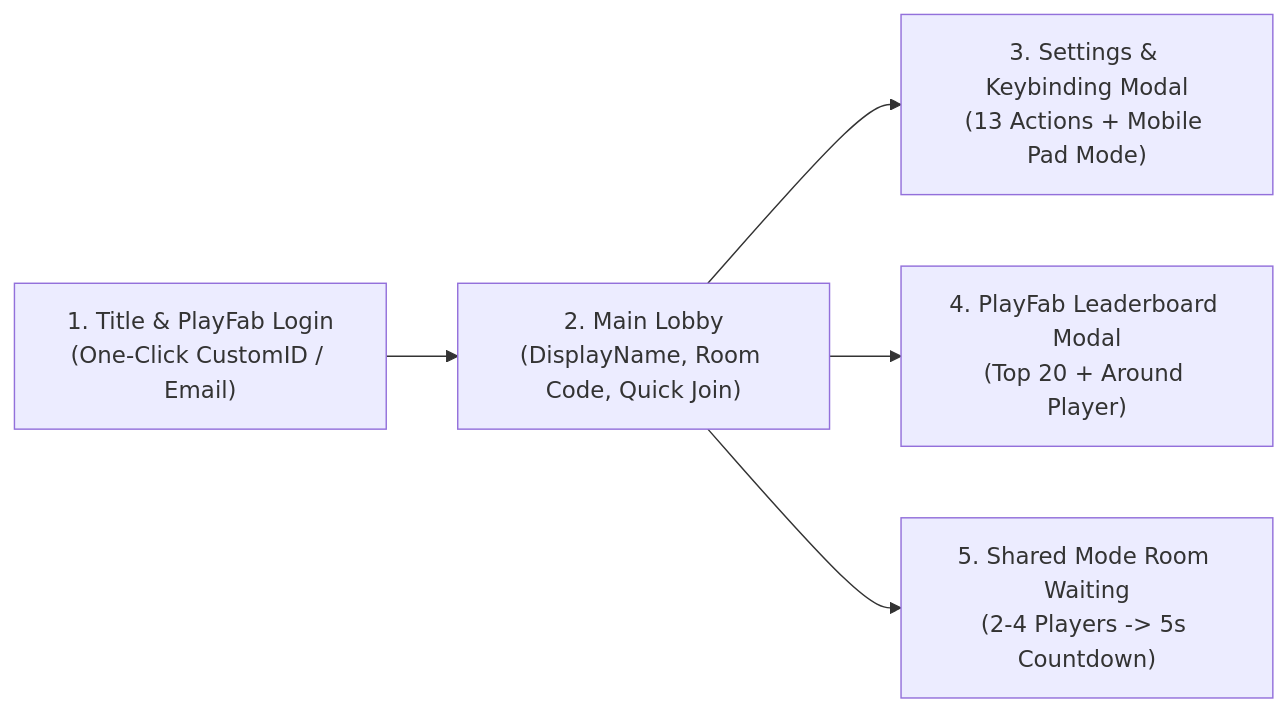
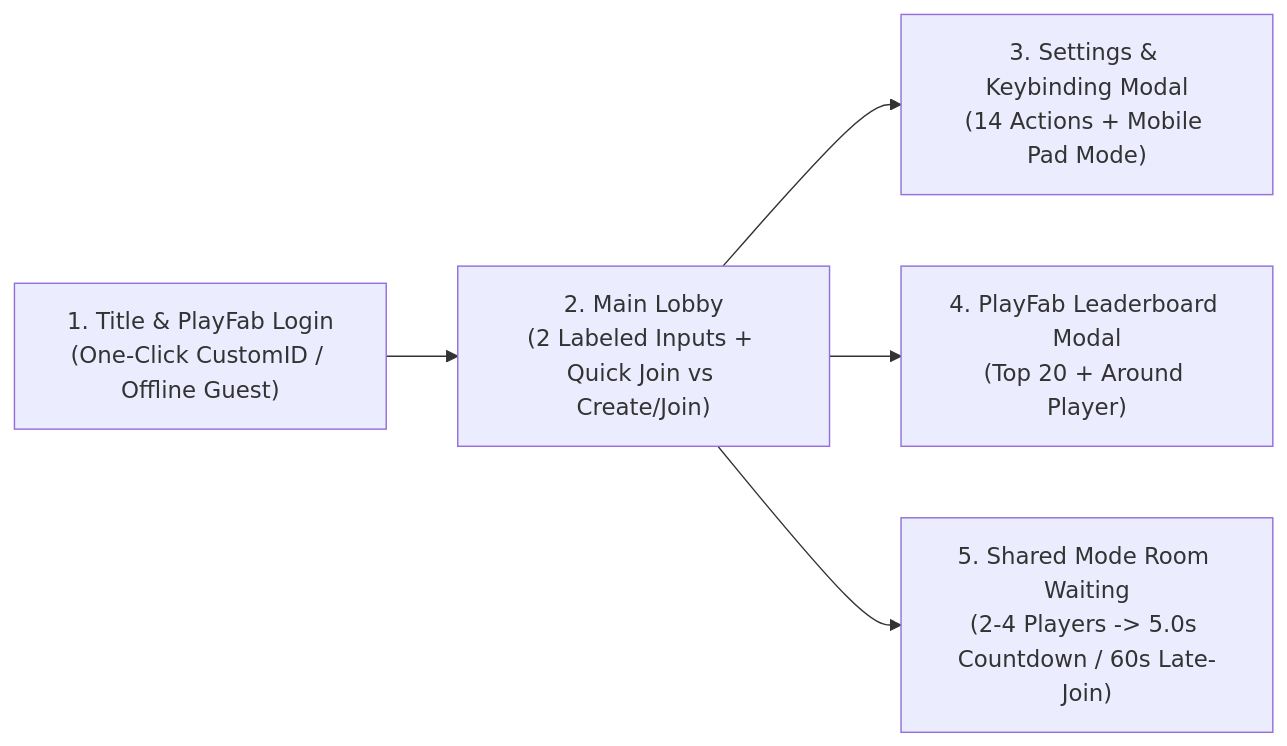
Before and after one commit to phamhaanedu/MultiplayGameDemo: the diagram in design/ux/lobby-and-keybinding-ux-spec.md, drawn with Mermaid. The commit also changed other lines of this file and 35 other files, not shown here.

````diff
--- a/design/ux/lobby-and-keybinding-ux-spec.md
+++ b/design/ux/lobby-and-keybinding-ux-spec.md
@@ -9,7 +9,7 @@
 ```mermaid
 flowchart LR
-    Login["1. Title & PlayFab Login\n(One-Click CustomID / Email)"] --> MainLobby["2. Main Lobby\n(DisplayName, Room Code, Quick Join)"]
-    MainLobby --> RebindModal["3. Settings & Keybinding Modal\n(13 Actions + Mobile Pad Mode)"]
+    Login["1. Title & PlayFab Login\n(One-Click CustomID / Offline Guest)"] --> MainLobby["2. Main Lobby\n(2 Labeled Inputs + Quick Join vs Create/Join)"]
+    MainLobby --> RebindModal["3. Settings & Keybinding Modal\n(14 Actions + Mobile Pad Mode)"]
     MainLobby --> LeaderboardModal["4. PlayFab Leaderboard Modal\n(Top 20 + Around Player)"]
-    MainLobby --> WaitingRoom["5. Shared Mode Room Waiting\n(2-4 Players -> 5s Countdown)"]
+    MainLobby --> WaitingRoom["5. Shared Mode Room Waiting\n(2-4 Players -> 5.0s Countdown / 60s Late-Join)"]
 ```
````
